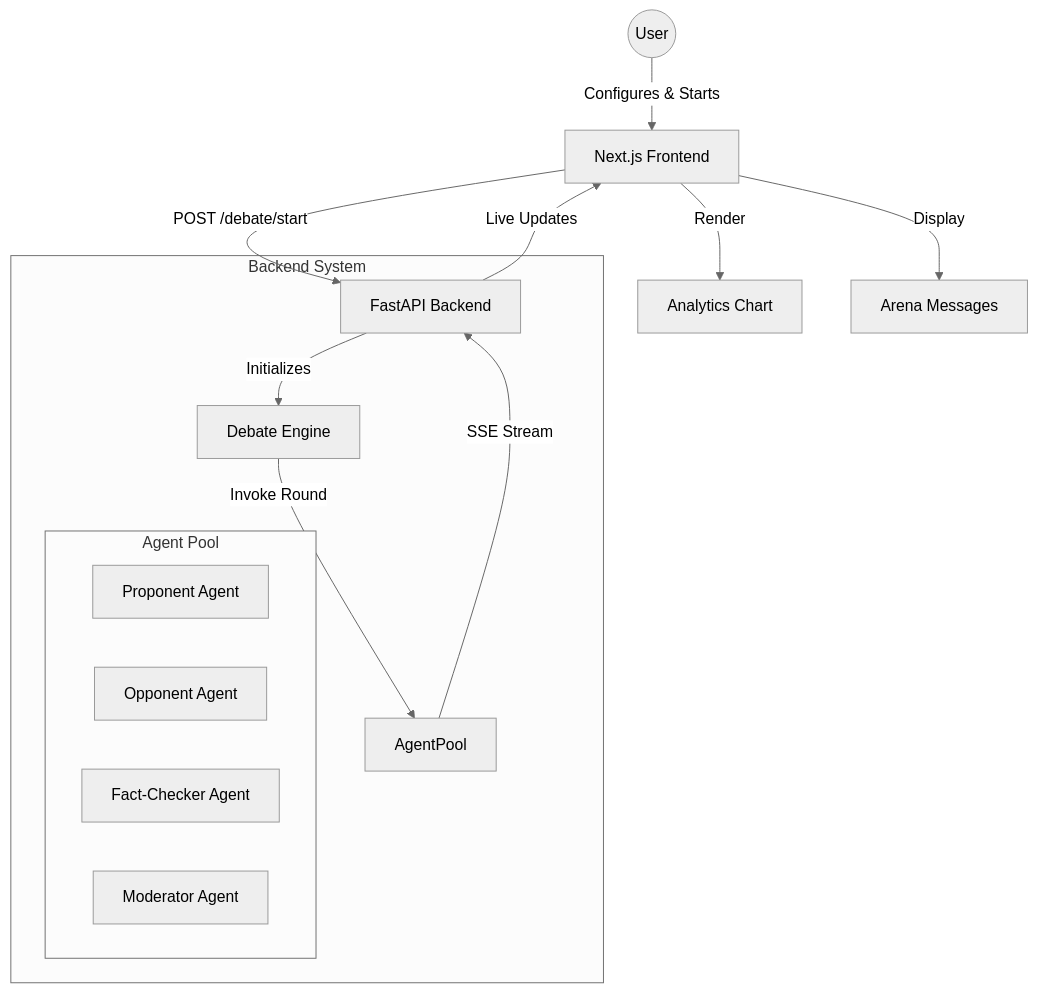
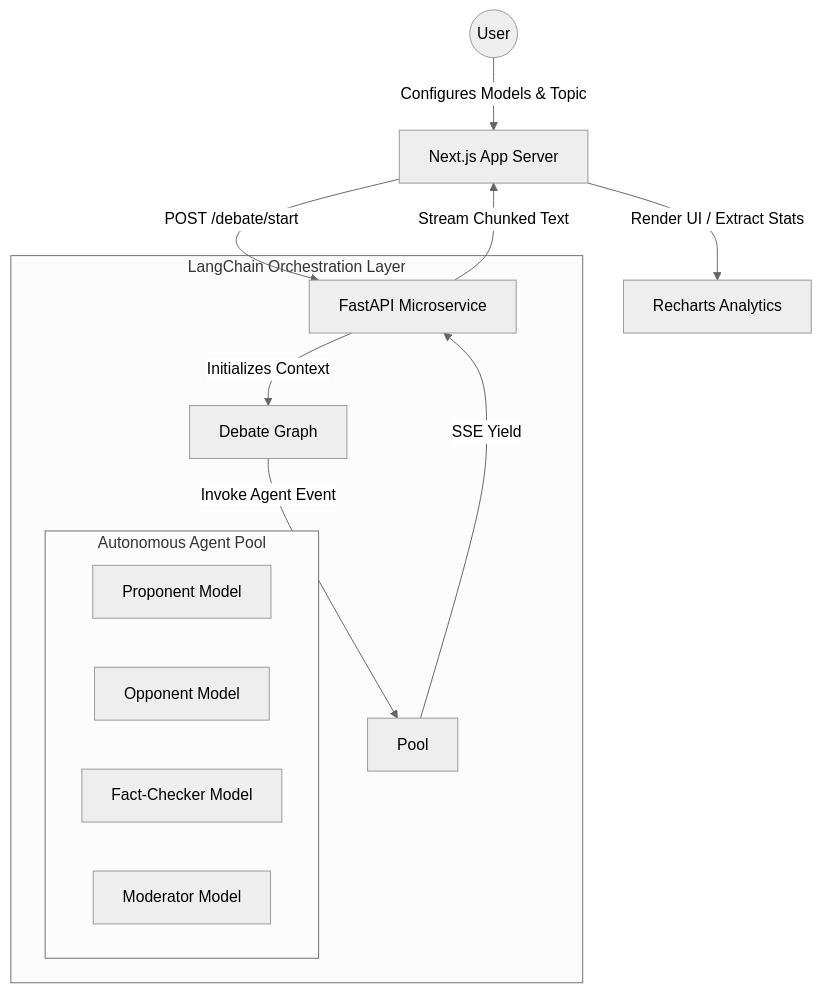
Before and after one commit to AyushCoder9/Nexus-AI-Debate-System: the diagram in README.md, drawn with Mermaid (neutral theme). The commit also changed other lines of this file, not shown here.

````diff
--- a/README.md
+++ b/README.md
@@ -16,23 +50,22 @@
 ```mermaid
 graph TD
-    User((User)) -->|Configures & Starts| Frontend[Next.js Frontend]
-    Frontend -->|POST /debate/start| Backend[FastAPI Backend]
+    User((User)) -->|Configures Models & Topic| Frontend[Next.js App Server]
+    Frontend -->|POST /debate/start| Backend[FastAPI Microservice]
     
-    subgraph "Backend System"
-        Backend -->|Initializes| Engine[Debate Engine]
-        Engine -->|Invoke Round| AgentPool
+    subgraph "LangChain Orchestration Layer"
+        Backend -->|Initializes Context| Engine[Debate Graph]
+        Engine -->|Invoke Agent Event| Pool
         
-        subgraph "Agent Pool"
-            Proponent[Proponent Agent]
-            Opponent[Opponent Agent]
-            FactChecker[Fact-Checker Agent]
-            Moderator[Moderator Agent]
+        subgraph "Autonomous Agent Pool"
+            Proponent[Proponent Model]
+            Opponent[Opponent Model]
+            FactChecker[Fact-Checker Model]
+            Moderator[Moderator Model]
         end
         
-        AgentPool -->|SSE Stream| Backend
+        Pool -->|SSE Yield| Backend
     end
     
-    Backend -->|Live Updates| Frontend
-    Frontend -->|Render| Chart[Analytics Chart]
-    Frontend -->|Display| Messages[Arena Messages]
+    Backend -->|Stream Chunked Text| Frontend
+    Frontend -->|Render UI / Extract Stats| Chart[Recharts Analytics]
 ```
````
